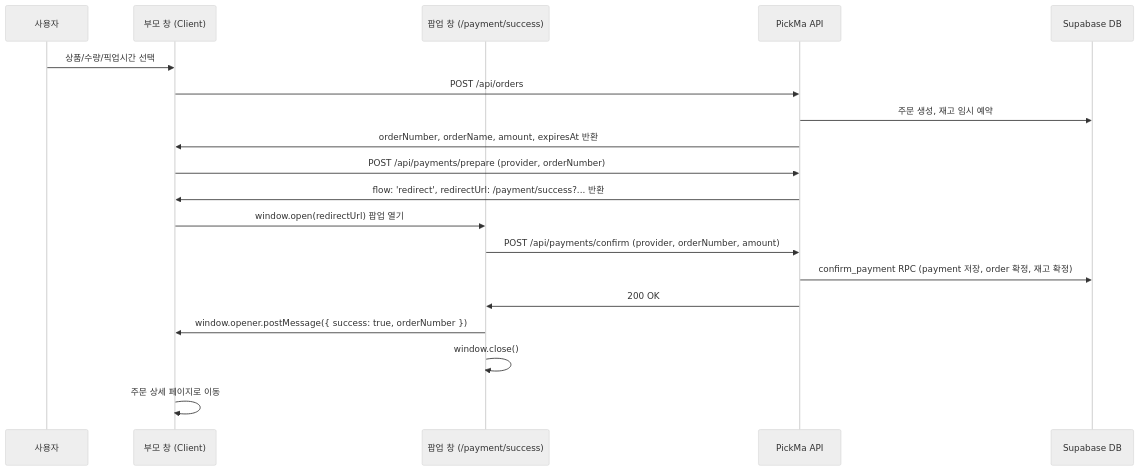
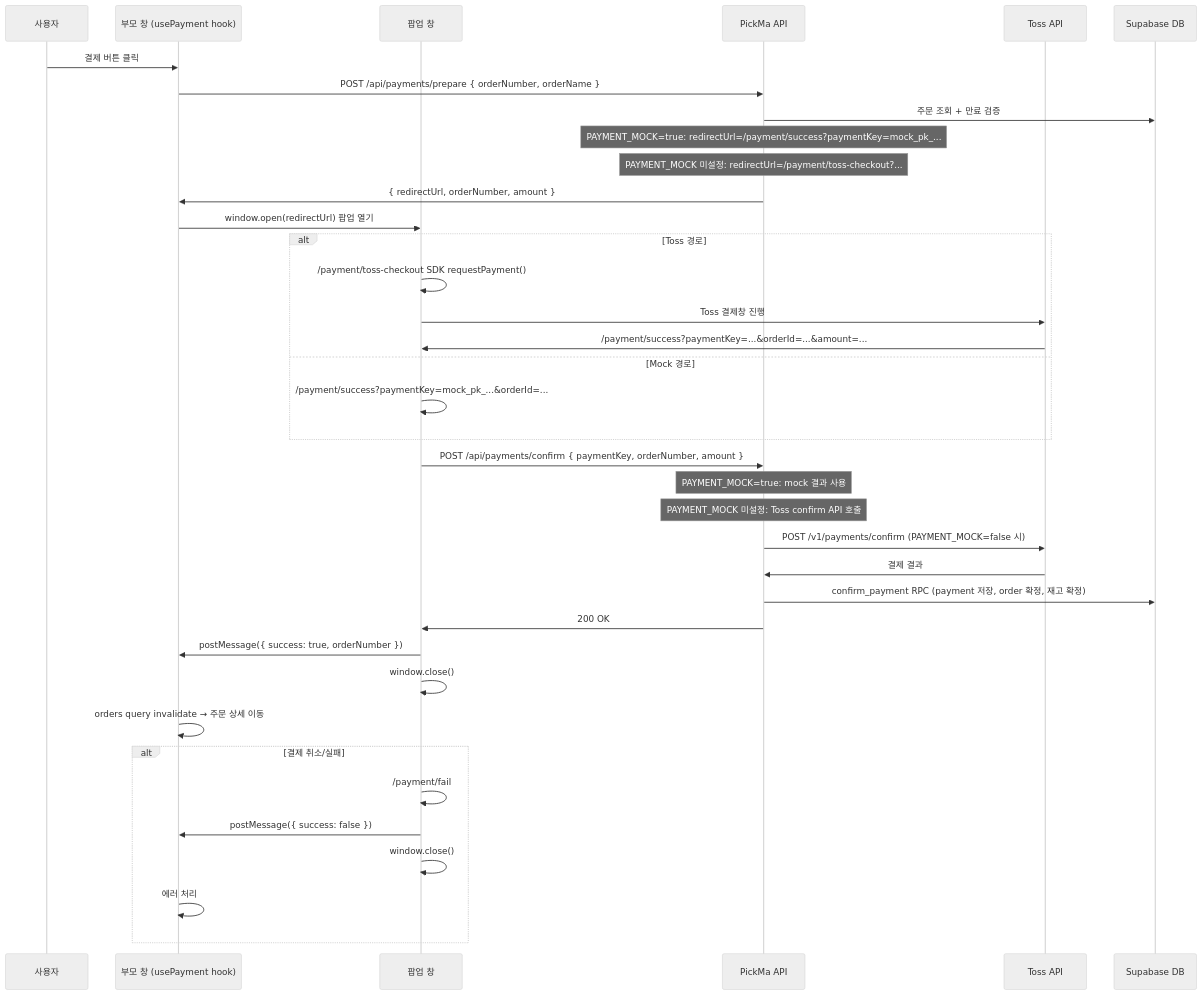
One commit to pickma-fe/pickma changed the diagram in docs/system_architecture.md. Above: the diagram before and after it, drawn with Mermaid (neutral theme). The commit also changed other lines of this file and 1 other file, not shown here.

Commit message:
docs: payment 연동 방식 Toss 결제창형으로 재정의

````diff
--- a/docs/system_architecture.md
+++ b/docs/system_architecture.md
@@ -270,22 +270,43 @@
 ```mermaid
 sequenceDiagram
     participant U as 사용자
-    participant C as 부모 창 (Client)
-    participant W as 팝업 창 (/payment/success)
+    participant C as 부모 창 (usePayment hook)
+    participant P as 팝업 창
     participant A as PickMa API
+    participant T as Toss API
     participant D as Supabase DB
 
-    U->>C: 상품/수량/픽업시간 선택
-    C->>A: POST /api/orders
-    A->>D: 주문 생성, 재고 임시 예약
-    A->>C: orderNumber, orderName, amount, expiresAt 반환
-    C->>A: POST /api/payments/prepare (provider, orderNumber)
-    A->>C: flow: 'redirect', redirectUrl: /payment/success?... 반환
-    C->>W: window.open(redirectUrl) 팝업 열기
-    W->>A: POST /api/payments/confirm (provider, orderNumber, amount)
+    U->>C: 결제 버튼 클릭
+    C->>A: POST /api/payments/prepare { orderNumber, orderName }
+    A->>D: 주문 조회 + 만료 검증
+    note over A: PAYMENT_MOCK=true: redirectUrl=/payment/success?paymentKey=mock_pk_...
+    note over A: PAYMENT_MOCK 미설정: redirectUrl=/payment/toss-checkout?...
+    A->>C: { redirectUrl, orderNumber, amount }
+    C->>P: window.open(redirectUrl) 팝업 열기
+
+    alt Toss 경로
+        P->>P: /payment/toss-checkout SDK requestPayment()
+        P->>T: Toss 결제창 진행
+        T->>P: /payment/success?paymentKey=...&orderId=...&amount=...
+    else Mock 경로
+        P->>P: /payment/success?paymentKey=mock_pk_...&orderId=...
+    end
+
+    P->>A: POST /api/payments/confirm { paymentKey, orderNumber, amount }
+    note over A: PAYMENT_MOCK=true: mock 결과 사용
+    note over A: PAYMENT_MOCK 미설정: Toss confirm API 호출
+    A->>T: POST /v1/payments/confirm (PAYMENT_MOCK=false 시)
+    T->>A: 결제 결과
     A->>D: confirm_payment RPC (payment 저장, order 확정, 재고 확정)
-    A->>W: 200 OK
-    W->>C: window.opener.postMessage({ success: true, orderNumber })
-    W->>W: window.close()
-    C->>C: 주문 상세 페이지로 이동
+    A->>P: 200 OK
+    P->>C: postMessage({ success: true, orderNumber })
+    P->>P: window.close()
+    C->>C: orders query invalidate → 주문 상세 이동
+
+    alt 결제 취소/실패
+        P->>P: /payment/fail
+        P->>C: postMessage({ success: false })
+        P->>P: window.close()
+        C->>C: 에러 처리
+    end
 ```
````
